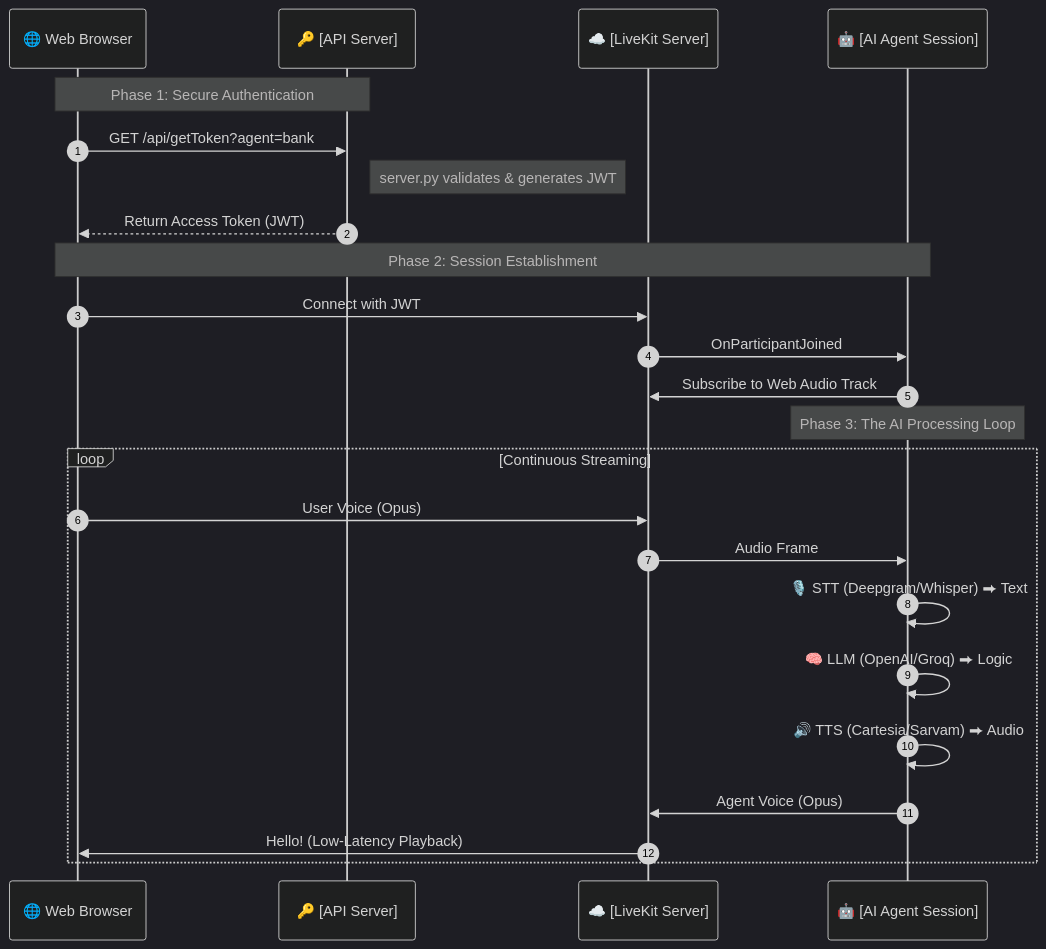
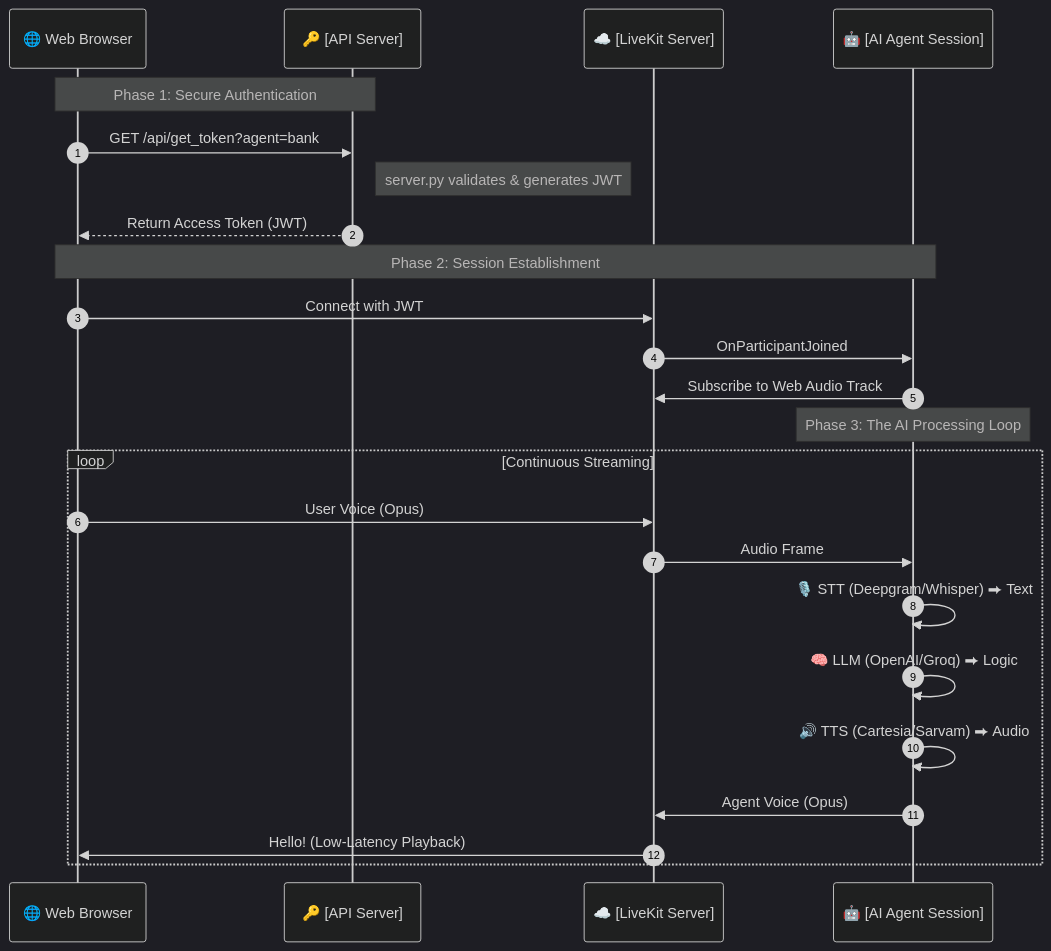
Before and after one commit to ShubhamX-AI/api_livekit: the first of 3 diagrams in docs/architecture.md, drawn with Mermaid (dark theme). The commit also changed 3 other files, not shown here.

````diff
--- a/docs/architecture.md
+++ b/docs/architecture.md
@@ -13,29 +13,29 @@
 ```mermaid
 sequenceDiagram
     autonumber
     participant Web as 🌐 Web Browser
     participant API as 🔑 [API Server]
     participant LK as ☁️ [LiveKit Server]
     participant Agent as 🤖 [AI Agent Session]
 
     Note over Web, API: Phase 1: Secure Authentication
-    Web->>API: GET /api/getToken?agent=bank
+    Web->>API: GET /api/get_token?agent=bank
     Note right of API: server.py validates & generates JWT
     API-->>Web: Return Access Token (JWT)
 
     Note over Web, Agent: Phase 2: Session Establishment
     Web->>LK: Connect with JWT
     LK->>Agent: OnParticipantJoined
     Agent->>LK: Subscribe to Web Audio Track
 
     Note over Agent: Phase 3: The AI Processing Loop
     loop Continuous Streaming
         Web->>LK: User Voice (Opus)
         LK->>Agent: Audio Frame
         Agent->>Agent: 🎙️ STT (Deepgram/Whisper) ⮕ Text
         Agent->>Agent: 🧠 LLM (OpenAI/Groq) ⮕ Logic
         Agent->>Agent: 🔊 TTS (Cartesia/Sarvam) ⮕ Audio
         Agent->>LK: Agent Voice (Opus)
         LK->>Web: Hello! (Low-Latency Playback)
     end
 ```
````
